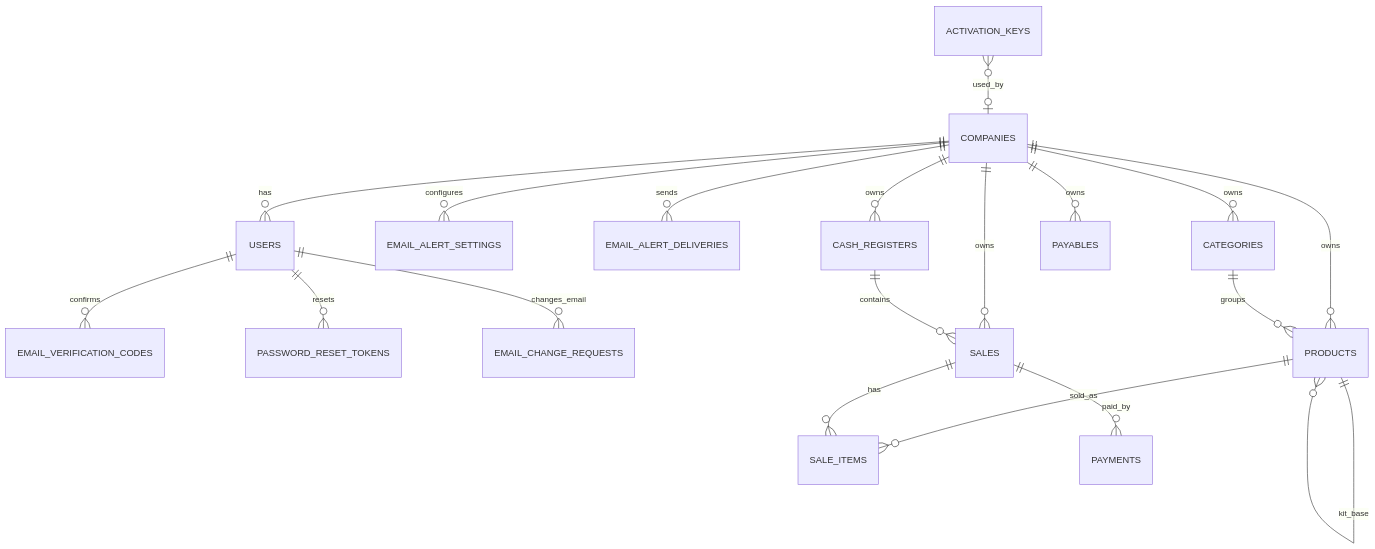
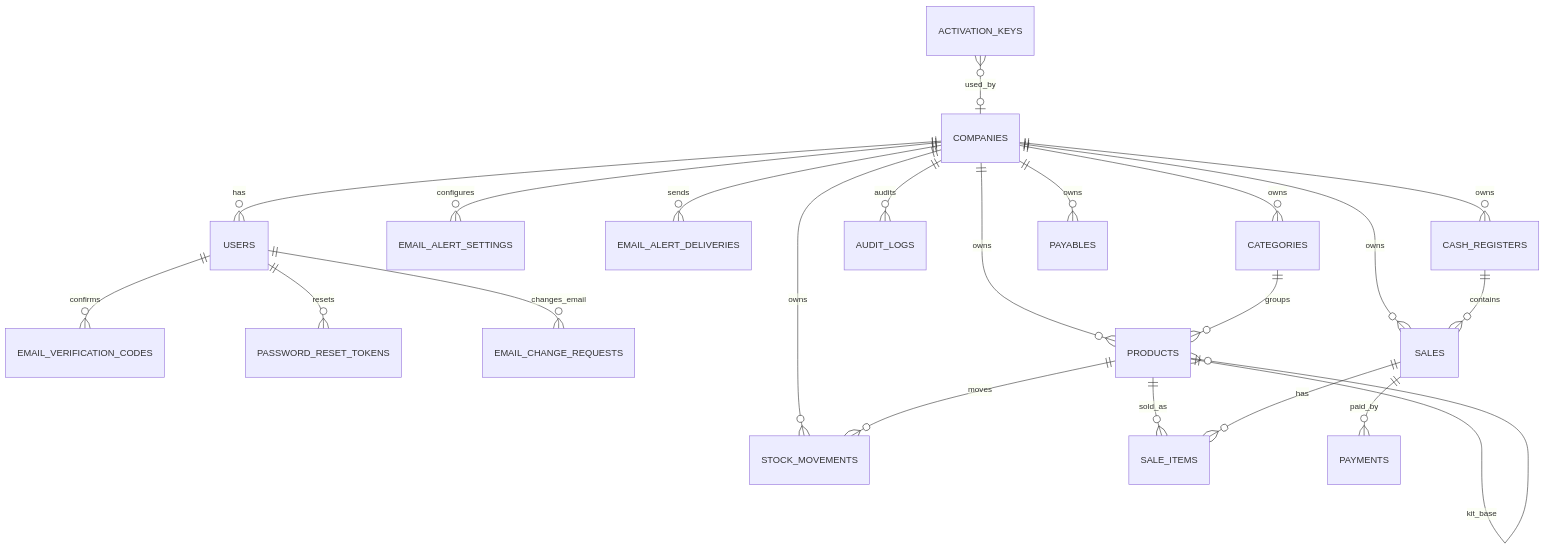
The diagram in docs/04-modelagem-banco.md (RafaelBG7/pdv2026), drawn with Mermaid before and after one commit. The commit also changed other lines of this file and 64 other files, not shown here.

````diff
--- a/docs/04-modelagem-banco.md
+++ b/docs/04-modelagem-banco.md
@@ -20,21 +20,24 @@
 ```mermaid
 erDiagram
     COMPANIES ||--o{ USERS : has
     ACTIVATION_KEYS }o--o| COMPANIES : used_by
     USERS ||--o{ EMAIL_VERIFICATION_CODES : confirms
     USERS ||--o{ PASSWORD_RESET_TOKENS : resets
     USERS ||--o{ EMAIL_CHANGE_REQUESTS : changes_email
     COMPANIES ||--o{ EMAIL_ALERT_SETTINGS : configures
     COMPANIES ||--o{ EMAIL_ALERT_DELIVERIES : sends
     COMPANIES ||--o{ CATEGORIES : owns
     COMPANIES ||--o{ PRODUCTS : owns
+    COMPANIES ||--o{ STOCK_MOVEMENTS : owns
+    COMPANIES ||--o{ AUDIT_LOGS : audits
     COMPANIES ||--o{ CASH_REGISTERS : owns
     COMPANIES ||--o{ SALES : owns
     COMPANIES ||--o{ PAYABLES : owns
     CATEGORIES ||--o{ PRODUCTS : groups
     PRODUCTS ||--o{ SALE_ITEMS : sold_as
+    PRODUCTS ||--o{ STOCK_MOVEMENTS : moves
     PRODUCTS ||--o{ PRODUCTS : kit_base
     CASH_REGISTERS ||--o{ SALES : contains
     SALES ||--o{ SALE_ITEMS : has
     SALES ||--o{ PAYMENTS : paid_by
 ```
````
